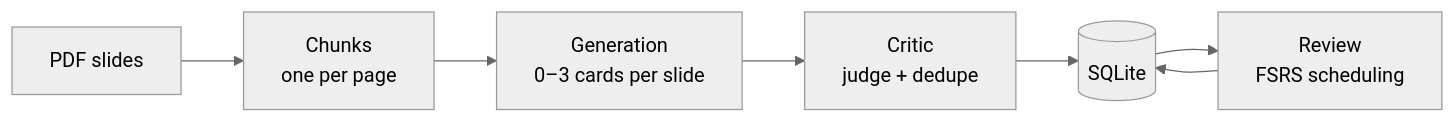
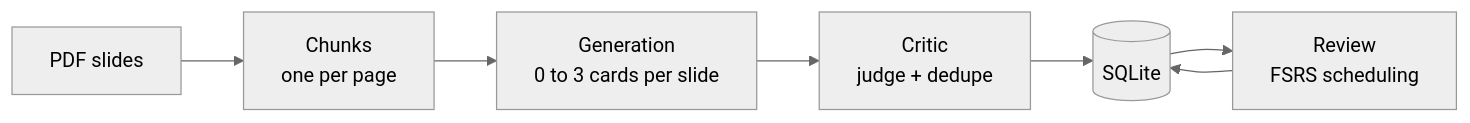
The diagram in README.md (AaronHabyarimana/recall), drawn with Mermaid (neutral theme) before and after one commit. The commit also changed other lines of this file, not shown here.

````diff
--- a/README.md
+++ b/README.md
@@ -40,9 +39,9 @@
 ```mermaid
 flowchart LR
     A[PDF slides] --> B[Chunks<br/>one per page]
-    B --> C[Generation<br/>0–3 cards per slide]
+    B --> C[Generation<br/>0 to 3 cards per slide]
     C --> D[Critic<br/>judge + dedupe]
     D --> E[(SQLite)]
     E --> F[Review<br/>FSRS scheduling]
     F --> E
 ```
````
